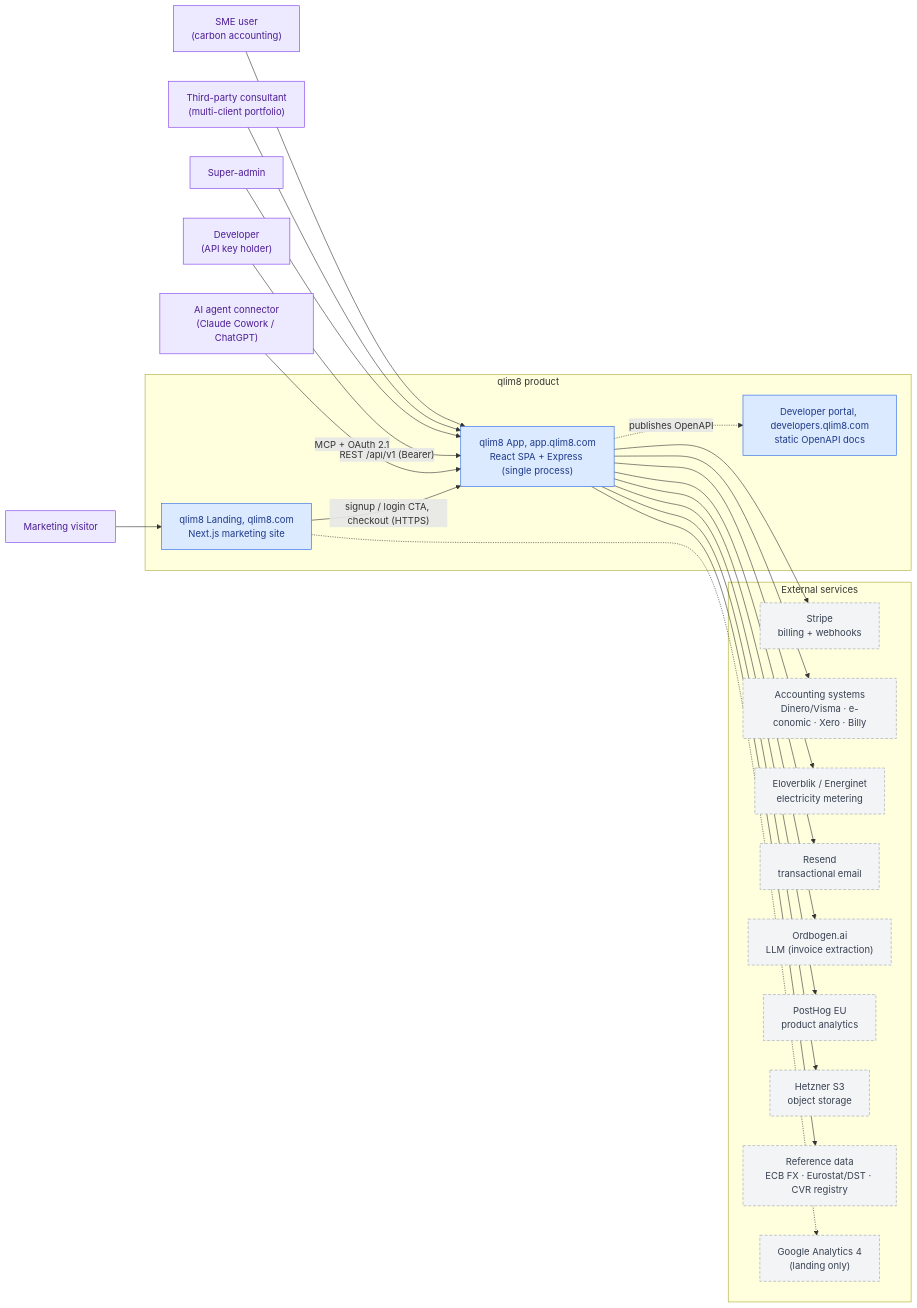
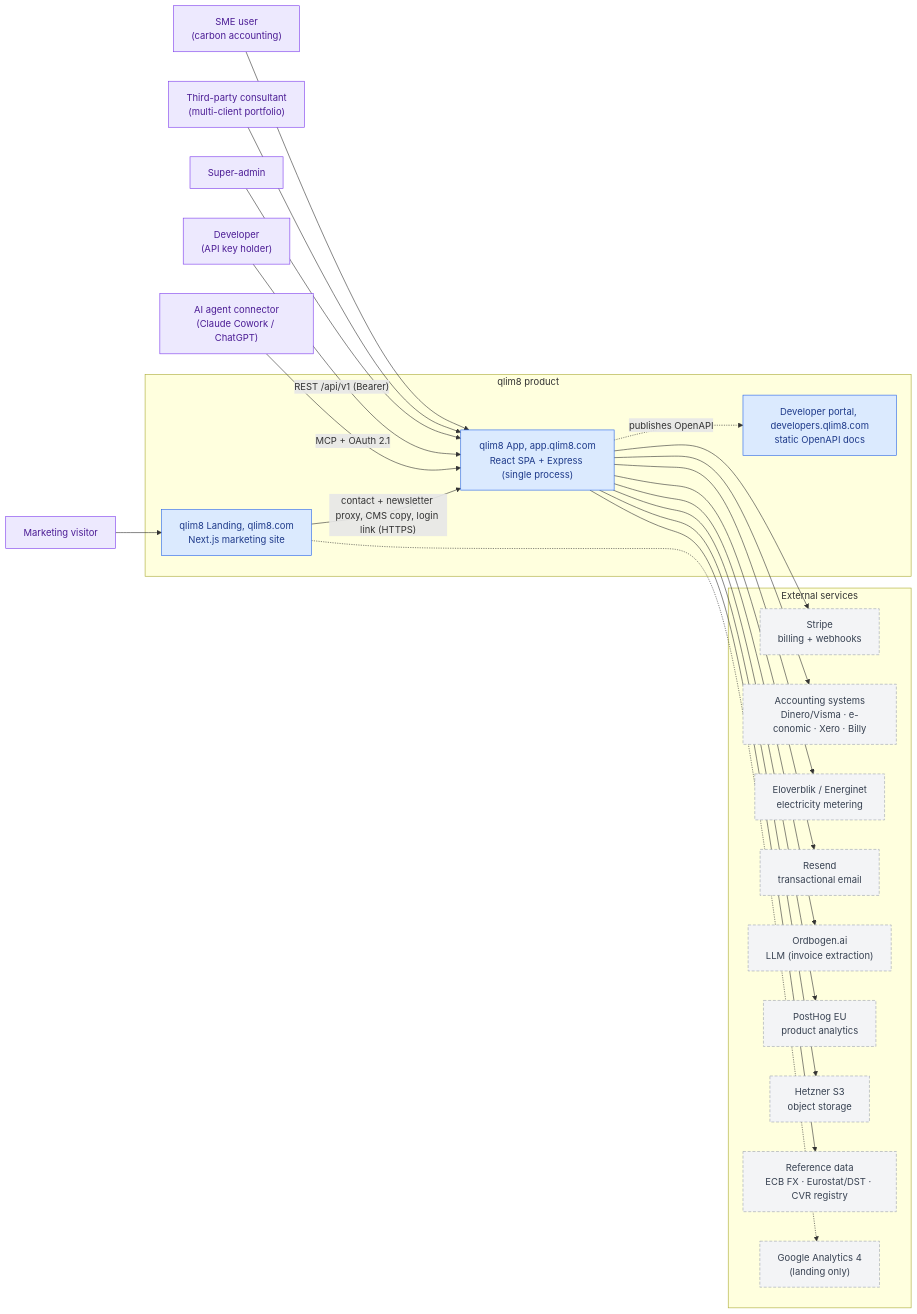
One commit to madsdlund-nielsen/qlim8-landing changed the diagram in docs/diagrams/mmd/01-system-context.mmd. Above: the diagram before and after it, drawn with Mermaid. The commit also changed 66 other files, not shown here.

First line of the commit message:
Sell qlim8 after a demo: no signup, no checkout, no package prices

```diff
--- a/docs/diagrams/mmd/01-system-context.mmd
+++ b/docs/diagrams/mmd/01-system-context.mmd
@@ -1,55 +1,55 @@
 %% qlim8, System Context (Diagram 1). Doubles as the single-page overview.
 %% Node labels are English/technical; bilingual prose lives in the surrounding doc.
 %% Legend: purple=persona, blue=internal, grey dashed=external SaaS.
 flowchart LR
   user["SME user<br/>(carbon accounting)"]
   consult["Third-party consultant<br/>(multi-client portfolio)"]
   admin["Super-admin"]
   dev["Developer<br/>(API key holder)"]
   agent["AI agent connector<br/>(Claude Cowork / ChatGPT)"]
   visitor["Marketing visitor"]
 
   subgraph qlim8["qlim8 product"]
     app["qlim8 App, app.qlim8.com<br/>React SPA + Express (single process)"]
     landing["qlim8 Landing, qlim8.com<br/>Next.js marketing site"]
     devportal["Developer portal, developers.qlim8.com<br/>static OpenAPI docs"]
   end
 
   subgraph ext["External services"]
     stripe["Stripe<br/>billing + webhooks"]
     acct["Accounting systems<br/>Dinero/Visma · e-conomic · Xero · Billy"]
     elo["Eloverblik / Energinet<br/>electricity metering"]
     resend["Resend<br/>transactional email"]
     ord["Ordbogen.ai<br/>LLM (invoice extraction)"]
     posthog["PostHog EU<br/>product analytics"]
     s3["Hetzner S3<br/>object storage"]
     refdata["Reference data<br/>ECB FX · Eurostat/DST · CVR registry"]
     ga["Google Analytics 4<br/>(landing only)"]
   end
 
   visitor --> landing
   user --> app
   consult --> app
   admin --> app
   dev -->|"REST /api/v1 (Bearer)"| app
   agent -->|"MCP + OAuth 2.1"| app
 
-  landing -->|"signup / login CTA, checkout (HTTPS)"| app
+  landing -->|"contact + newsletter proxy, CMS copy, login link (HTTPS)"| app
   landing -.-> ga
 
   app --> stripe
   app --> acct
   app --> elo
   app --> resend
   app --> ord
   app --> posthog
   app --> s3
   app --> refdata
   app -. publishes OpenAPI .-> devportal
 
   classDef persona fill:#ede9fe,stroke:#7c3aed,color:#4c1d95;
   classDef internal fill:#dbeafe,stroke:#2563eb,color:#1e3a8a;
   classDef external fill:#f3f4f6,stroke:#9ca3af,color:#374151,stroke-dasharray:5 3;
   class user,consult,admin,dev,agent,visitor persona;
   class app,landing,devportal internal;
   class stripe,acct,elo,resend,ord,posthog,s3,refdata,ga external;
```
